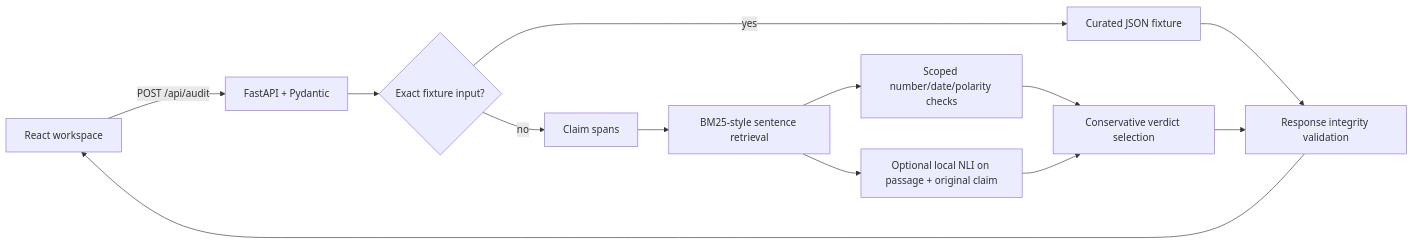
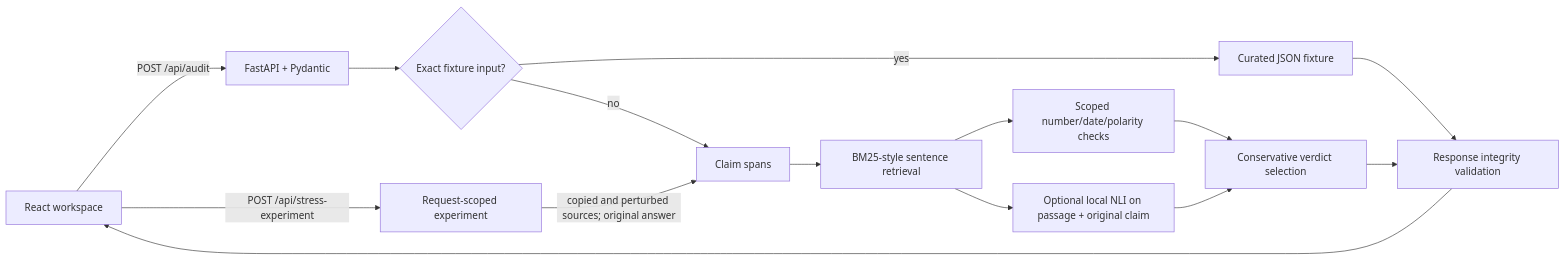
Before and after one commit to harryfernando10/64Bit_college_round: the diagram in docs/ARCHITECTURE.md, drawn with Mermaid. The commit also changed other lines of this file and 12 other files, not shown here.

````diff
--- a/docs/ARCHITECTURE.md
+++ b/docs/ARCHITECTURE.md
@@ -5,15 +5,17 @@
 ```mermaid
 flowchart LR
   UI[React workspace] -->|POST /api/audit| API[FastAPI + Pydantic]
   API --> S{Exact fixture input?}
   S -->|yes| F[Curated JSON fixture]
   S -->|no| C[Claim spans]
   C --> R[BM25-style sentence retrieval]
   R --> D[Scoped number/date/polarity checks]
   R --> N[Optional local NLI on passage + original claim]
   D --> V[Conservative verdict selection]
   N --> V
   F --> I[Response integrity validation]
   V --> I
   I --> UI
+  UI -->|POST /api/stress-experiment| X[Request-scoped experiment]
+  X -->|copied and perturbed sources; original answer| C
 ```
````
